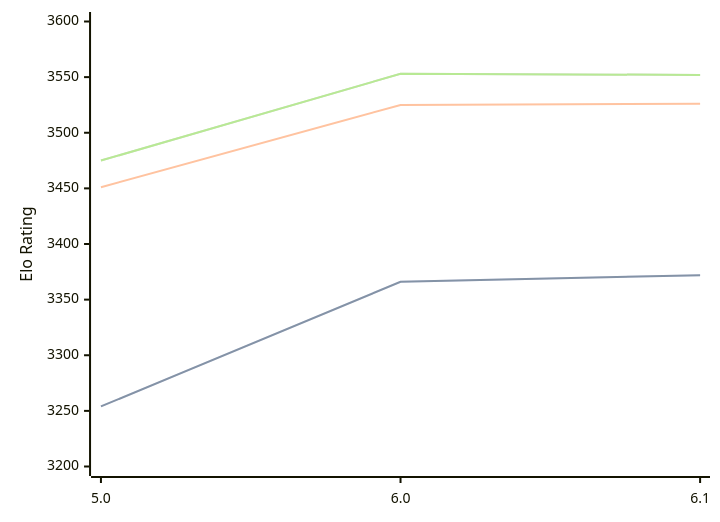
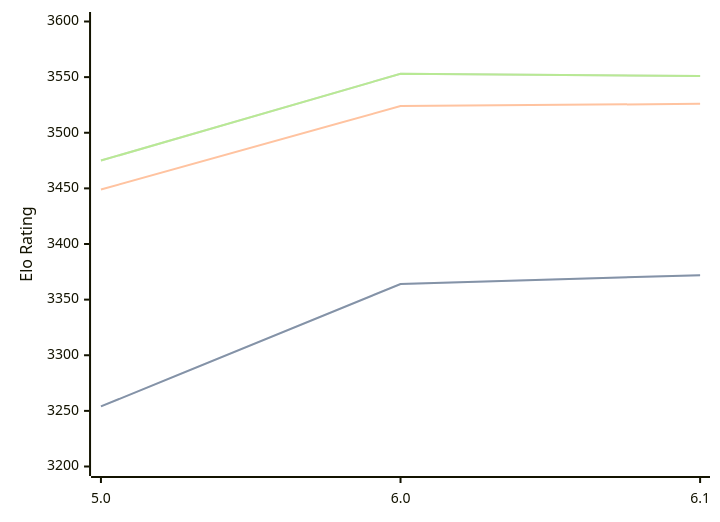
The diagram in engines/Starzix.md (computer-chess-index/cci), drawn with Mermaid before and after one commit. The commit also changed other lines of this file, not shown here.

Commit message:
Update CCI Ratings (ELO VLTC) - 2026-03-07

````diff
--- a/engines/Starzix.md
+++ b/engines/Starzix.md
@@ -35,11 +35,11 @@
 ```mermaid
 %%{init: {"theme":"base","themeVariables":{"seriesColors:['#a3a3a3','#222221','#faa371']}}}%%
 xychart-beta
   x-axis ["5.0", "6.0", "6.1"]
   y-axis "Elo Rating" 3200 --> 3600
-  line "STC (8.0+0.08s)" [3254, 3366, 3372]
-  line "STC (8.0+0.08s)" [3254, 3366, 3372]
-  line "LTC (60.0+0.60s)" [3451, 3525, 3526]
-  line "VLTC (2m24s+1.12s)" [3475, 3553, 3552]
-  line "VLTC (2m24s+1.12s)" [3475, 3553, 3552]
+  line "STC (8.0+0.08s)" [3254, 3364, 3372]
+  line "STC (8.0+0.08s)" [3254, 3364, 3372]
+  line "LTC (60.0+0.60s)" [3449, 3524, 3526]
+  line "VLTC (2m24s+1.12s)" [3475, 3553, 3551]
+  line "VLTC (2m24s+1.12s)" [3475, 3553, 3551]
 ```
````
